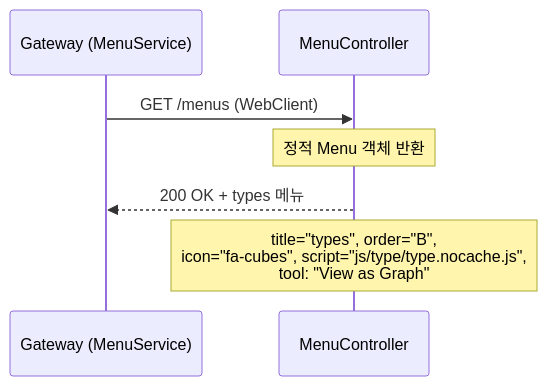
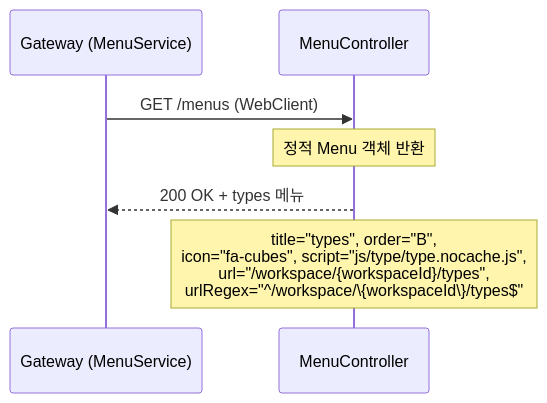
One commit to sayaya1090/handbook changed the third of 3 diagrams in search-type/USECASE.md. Above: the diagram before and after it, drawn with Mermaid. The commit also changed other lines of this file and 39 other files, not shown here.

````diff
--- a/search-type/USECASE.md
+++ b/search-type/USECASE.md
@@ -56,10 +56,10 @@
 ```mermaid
 sequenceDiagram
     participant GW as Gateway (MenuService)
     participant Ctrl as MenuController
 
     GW->>Ctrl: GET /menus (WebClient)
     Note over Ctrl: 정적 Menu 객체 반환
     Ctrl-->>GW: 200 OK + types 메뉴
-    Note over Ctrl: title="types", order="B",<br/>icon="fa-cubes", script="js/type/type.nocache.js",<br/>tool: "View as Graph"
+    Note over Ctrl: title="types", order="B",<br/>icon="fa-cubes", script="js/type/type.nocache.js",<br/>url="/workspace/{workspaceId}/types",<br/>urlRegex="^/workspace/\{workspaceId\}/types$"
 ```
````
